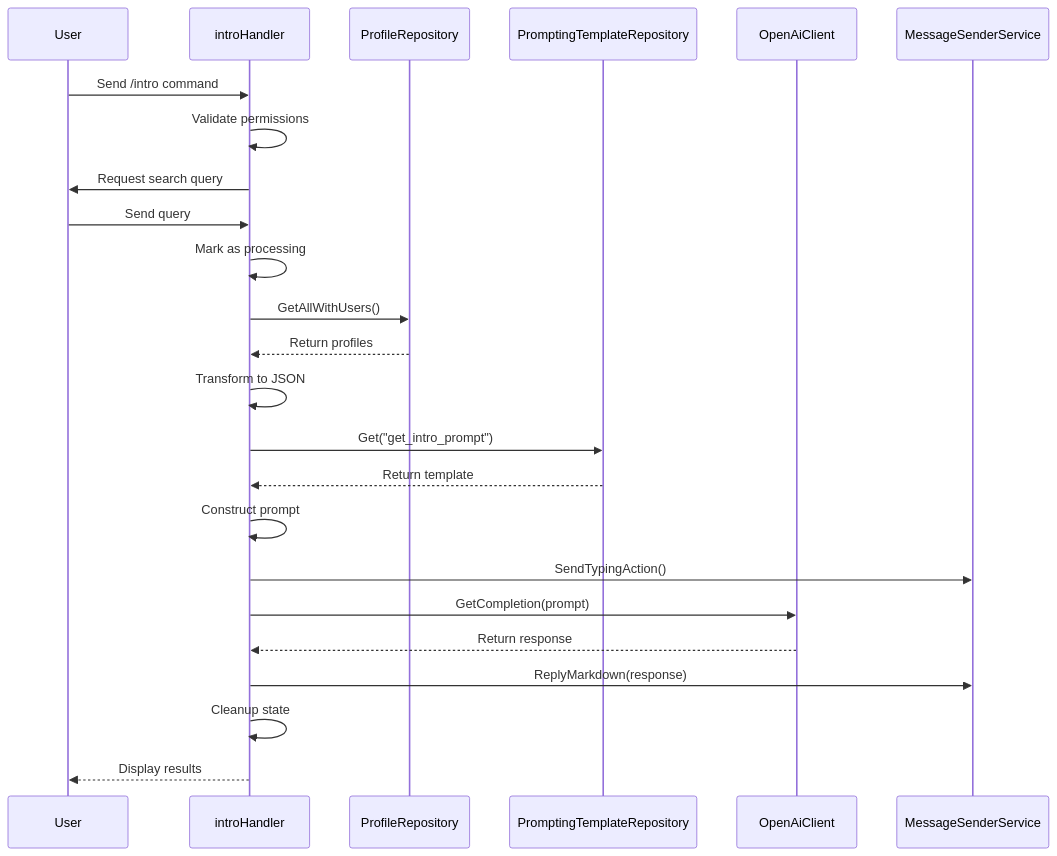
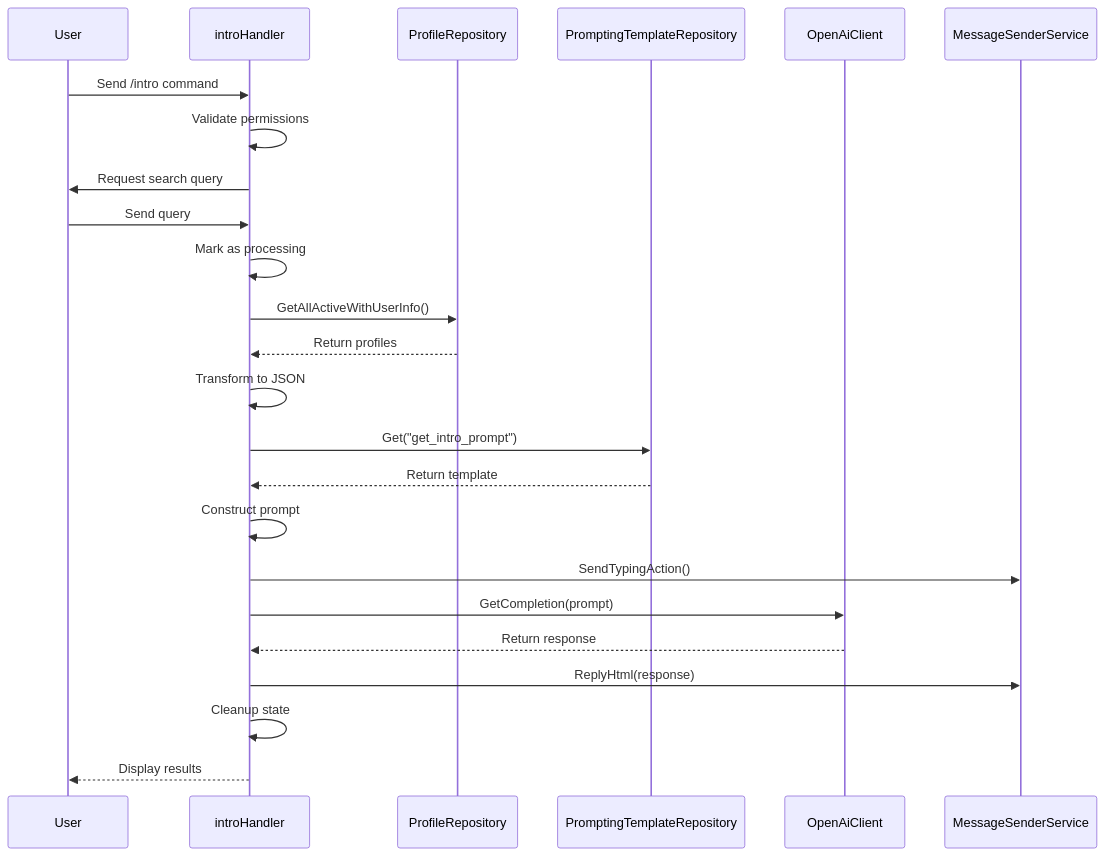
Before and after one commit to it-beard/evo-bot-go: the fourth of 7 diagrams in .qoder/repowiki/en/content/AI-Powered Search/Member Introduction Search.md, drawn with Mermaid. The commit also changed other lines of this file and 22 other files, not shown here.

````diff
--- a/.qoder/repowiki/en/content/AI-Powered Search/Member Introduction Search.md
+++ b/.qoder/repowiki/en/content/AI-Powered Search/Member Introduction Search.md
@@ -158,26 +166,26 @@
 ```mermaid
 sequenceDiagram
 participant User
 participant introHandler
 participant ProfileRepository
 participant PromptingTemplateRepository
 participant OpenAiClient
 participant MessageSenderService
 User->>introHandler : Send /intro command
 introHandler->>introHandler : Validate permissions
 introHandler->>User : Request search query
 User->>introHandler : Send query
 introHandler->>introHandler : Mark as processing
-introHandler->>ProfileRepository : GetAllWithUsers()
+introHandler->>ProfileRepository : GetAllActiveWithUserInfo()
 ProfileRepository-->>introHandler : Return profiles
 introHandler->>introHandler : Transform to JSON
 introHandler->>PromptingTemplateRepository : Get("get_intro_prompt")
 PromptingTemplateRepository-->>introHandler : Return template
 introHandler->>introHandler : Construct prompt
 introHandler->>MessageSenderService : SendTypingAction()
 introHandler->>OpenAiClient : GetCompletion(prompt)
 OpenAiClient-->>introHandler : Return response
-introHandler->>MessageSenderService : ReplyMarkdown(response)
+introHandler->>MessageSenderService : ReplyHtml(response)
 introHandler->>introHandler : Cleanup state
 introHandler-->>User : Display results
 ```
````
